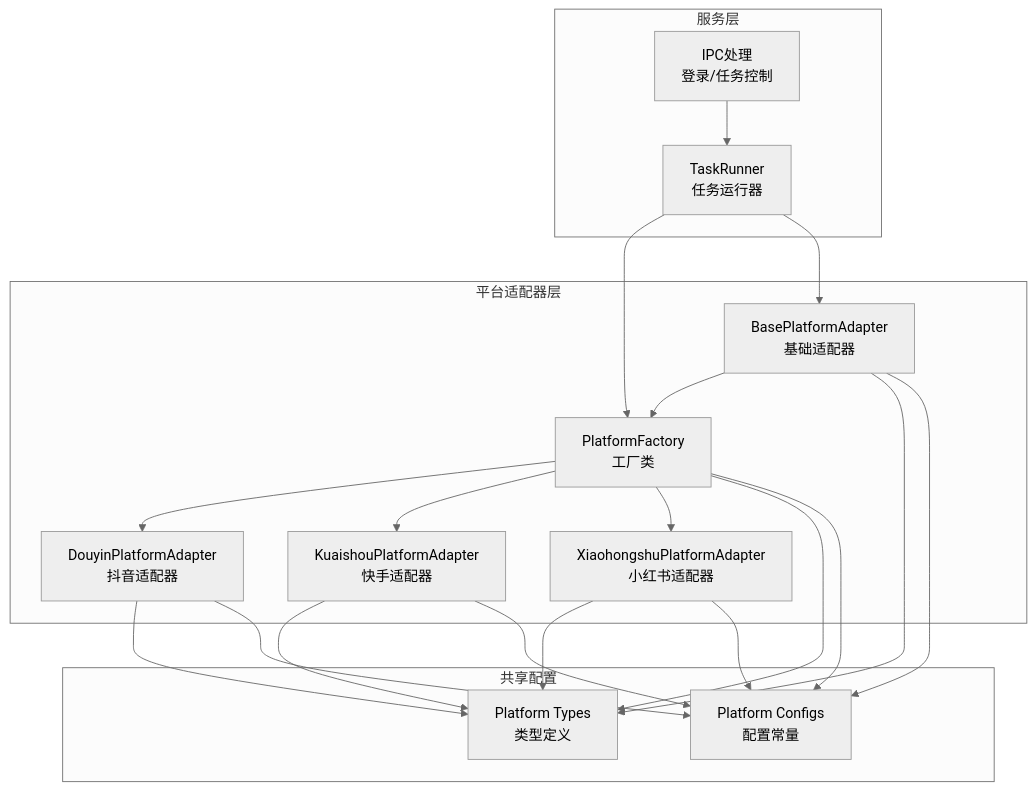
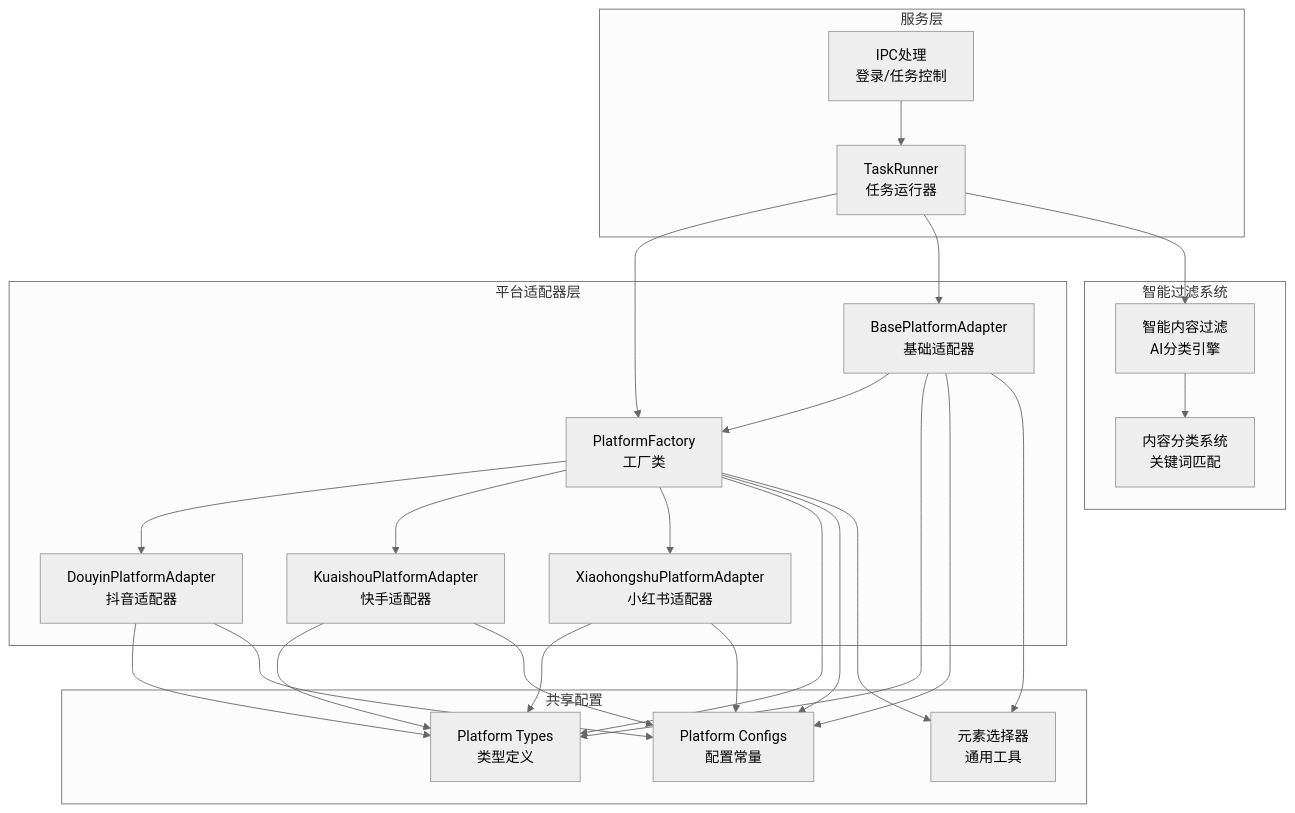
One commit to hipig/autoOps changed the first of 11 diagrams in .qoder/repowiki/zh/content/核心模块/平台适配器系统/平台适配器实现.md. Above: the diagram before and after it, drawn with Mermaid (neutral theme). The commit also changed other lines of this file and 37 other files, not shown here.

````diff
--- a/.qoder/repowiki/zh/content/核心模块/平台适配器系统/平台适配器实现.md
+++ b/.qoder/repowiki/zh/content/核心模块/平台适配器系统/平台适配器实现.md
@@ -37,35 +47,44 @@
 ```mermaid
 graph TB
 subgraph "平台适配器层"
 Base[BasePlatformAdapter<br/>基础适配器]
 Factory[PlatformFactory<br/>工厂类]
 Douyin[DouyinPlatformAdapter<br/>抖音适配器]
 Kuaishou[KuaishouPlatformAdapter<br/>快手适配器]
 Xiaohongshu[XiaohongshuPlatformAdapter<br/>小红书适配器]
 end
+subgraph "智能过滤系统"
+Filter[智能内容过滤<br/>AI分类引擎]
+Category[内容分类系统<br/>关键词匹配]
+end
 subgraph "服务层"
 TaskRunner[TaskRunner<br/>任务运行器]
 IPC[IPC处理<br/>登录/任务控制]
 end
 subgraph "共享配置"
 PlatformTypes[Platform Types<br/>类型定义]
 Configs[Platform Configs<br/>配置常量]
+Elements[元素选择器<br/>通用工具]
 end
 Base --> Factory
 Factory --> Douyin
 Factory --> Kuaishou
 Factory --> Xiaohongshu
 TaskRunner --> Factory
 TaskRunner --> Base
+TaskRunner --> Filter
+Filter --> Category
 IPC --> TaskRunner
 Base --> PlatformTypes
 Factory --> PlatformTypes
 Douyin --> PlatformTypes
 Kuaishou --> PlatformTypes
 Xiaohongshu --> PlatformTypes
 Base --> Configs
 Factory --> Configs
 Douyin --> Configs
 Kuaishou --> Configs
 Xiaohongshu --> Configs
+Base --> Elements
+Factory --> Elements
 ```
````
